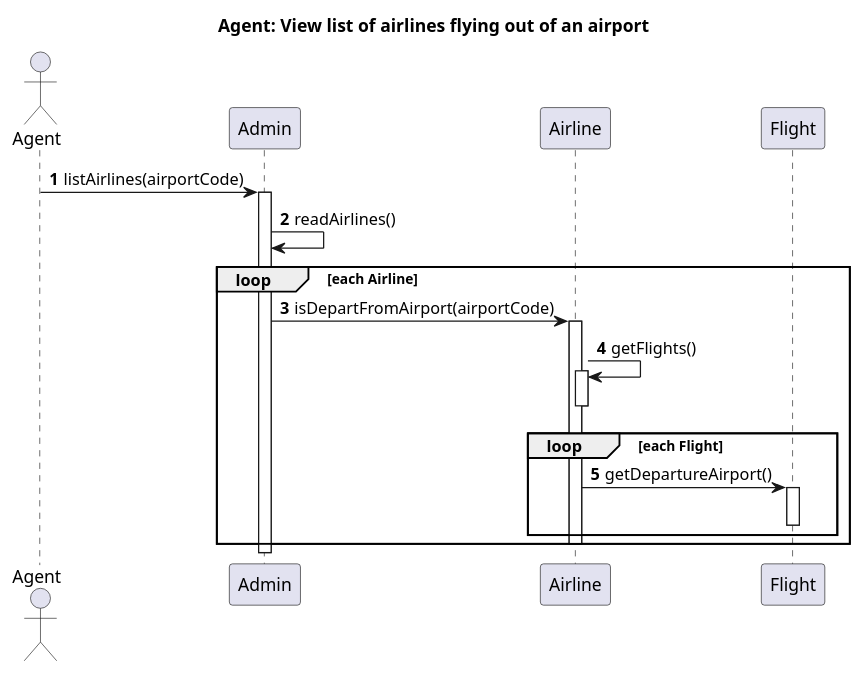
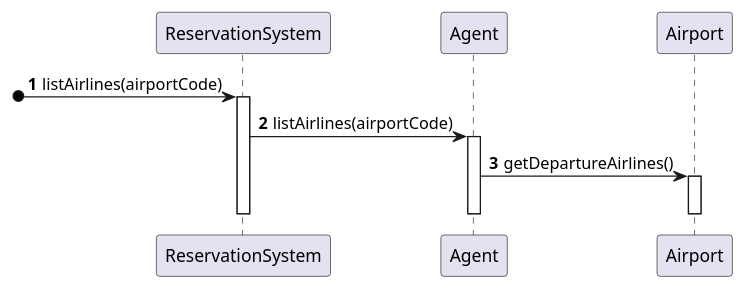
The diagram in diagrams/plantuml/3-4-sequence-diagram.md (Ochirgarid/mpp-project), drawn with PlantUML before and after one commit. The commit also changed 11 other files, not shown here.

Commit message:
diagrams updated

````diff
--- a/diagrams/plantuml/3-4-sequence-diagram.md
+++ b/diagrams/plantuml/3-4-sequence-diagram.md
@@ -1,29 +1,16 @@
 ```plantuml
 @startuml
-title Agent: View list of airlines flying out of an airport
+autonumber
 
-Actor Agent
-autonumber
-Agent -> Admin : listAirlines(airportCode)
-activate Admin
-Admin -> Admin : readAirlines()
-loop each Airline
-    Admin -> Airline: isDepartFromAirport(airportCode)
-    activate Airline
-    Airline -> Airline: getFlights()
-    activate Airline
-    deactivate Airline
-    loop each Flight
-        Airline -> Flight: getDepartureAirport()
-        activate Flight
-        deactivate Flight
-    end
-    deactivate Airline
-end
-activate Admin
-deactivate Admin
-deactivate Admin
+[o->ReservationSystem: listAirlines(airportCode)
+activate ReservationSystem
+ReservationSystem -> Agent: listAirlines(airportCode)
+activate Agent
+Agent -> Airport : getDepartureAirlines()
+activate Airport
+deactivate Airport
+deactivate Agent
+deactivate ReservationSystem
 
 @enduml
-
 ```
````
